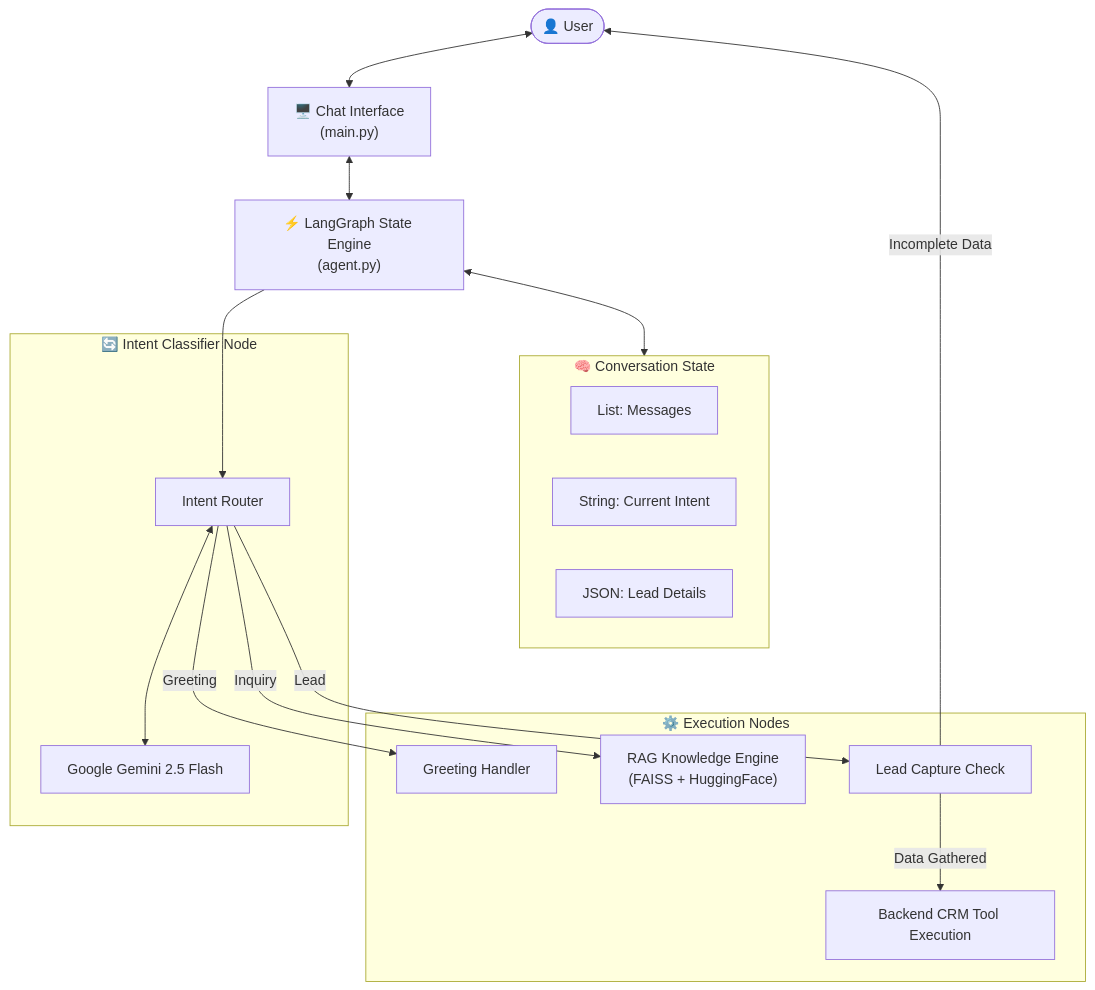
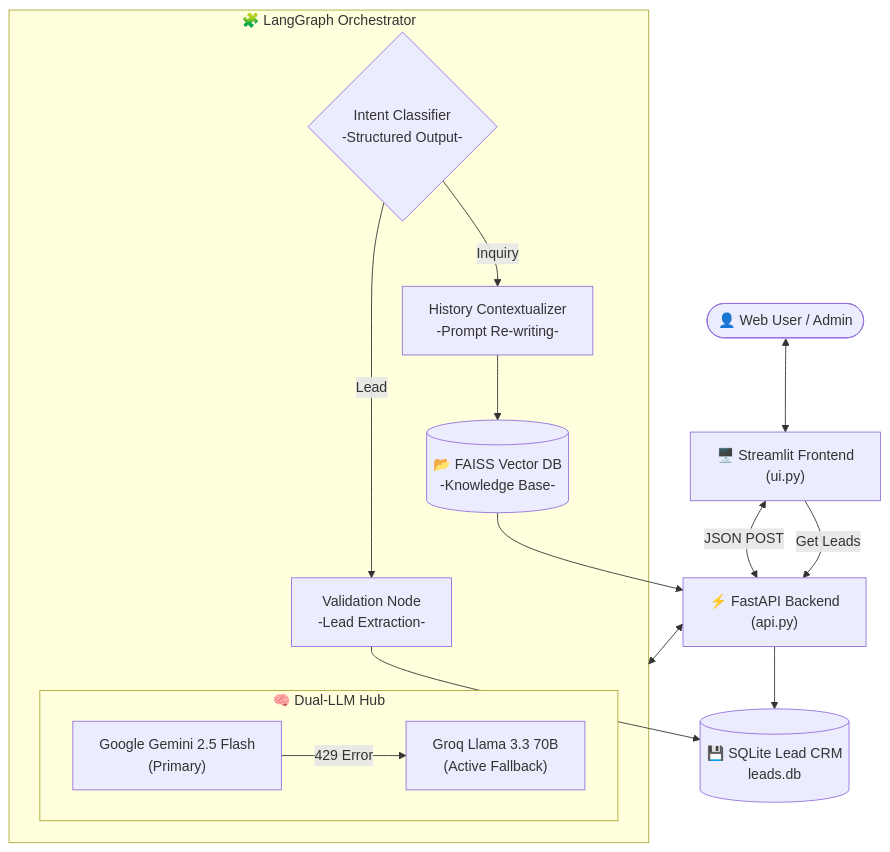
The diagram in README.md (AayushTripathi07/Conversational-AI-Agent), drawn with Mermaid before and after one commit. The commit also changed other lines of this file and 10 other files, not shown here.

Commit message:
feat: add FastAPI backend, Streamlit UI, and SQLite CRM integration

````diff
--- a/README.md
+++ b/README.md
@@ -42,35 +68,28 @@
 ```mermaid
 flowchart TD
-    User(["👤 User"])
-    CLI["🖥️ Chat Interface\n(main.py)"]
-    Graph["⚡ LangGraph State Engine\n(agent.py)"]
+    User(["👤 Web User / Admin"])
+    UI["🖥️ Streamlit Frontend\n(ui.py)"]
+    API["⚡ FastAPI Backend\n(api.py)"]
+    DB[(💾 SQLite Lead CRM\nleads.db)]
 
-    subgraph Memory ["🧠 Conversation State"]
-        Mem1["List: Messages"]
-        Mem2["String: Current Intent"]
-        Mem3["JSON: Lead Details"]
+    subgraph Logic_Core ["🧩 LangGraph Orchestrator"]
+        subgraph Hybrid_Brain ["🧠 Dual-LLM Hub"]
+            Gemini["Google Gemini 2.5 Flash\n(Primary)"]
+            Groq["Groq Llama 3.3 70B\n(Active Fallback)"]
+            Gemini -- "429 Error" --> Groq
+        end
+
+        Router{Intent Classifier\n-Structured Output-}
+        Context["History Contextualizer\n-Prompt Re-writing-"]
+        FAISS[(📂 FAISS Vector DB\n-Knowledge Base-)]
+        LeadLogic["Validation Node\n-Lead Extraction-"]
     end
 
-    subgraph Routing ["🔄 Intent Classifier Node"]
-        LLM["Google Gemini 2.5 Flash"]
-        Router["Intent Router"]
-    end
-
-    subgraph Execution ["⚙️ Execution Nodes"]
-        N1["Greeting Handler"]
-        N2["RAG Knowledge Engine\n(FAISS + HuggingFace)"]
-        N3["Lead Capture Check"]
-        API["Backend CRM Tool Execution"]
-    end
-
-    User <--> CLI
-    CLI <--> Graph
-    Graph <--> Memory
-    Graph --> Router
-    Router <--> LLM
-    Router -- "Greeting" --> N1
-    Router -- "Inquiry" --> N2
-    Router -- "Lead" --> N3
-    N3 -- "Incomplete Data" --> User
-    N3 -- "Data Gathered" --> API
+    User <--> UI
+    UI <-->|"JSON POST"| API
+    API <--> Logic_Core
+    
+    Router -- "Inquiry" --> Context --> FAISS --> API
+    Router -- "Lead" --> LeadLogic --> DB
+    UI -- "Get Leads" --> API --> DB
 ```
````
